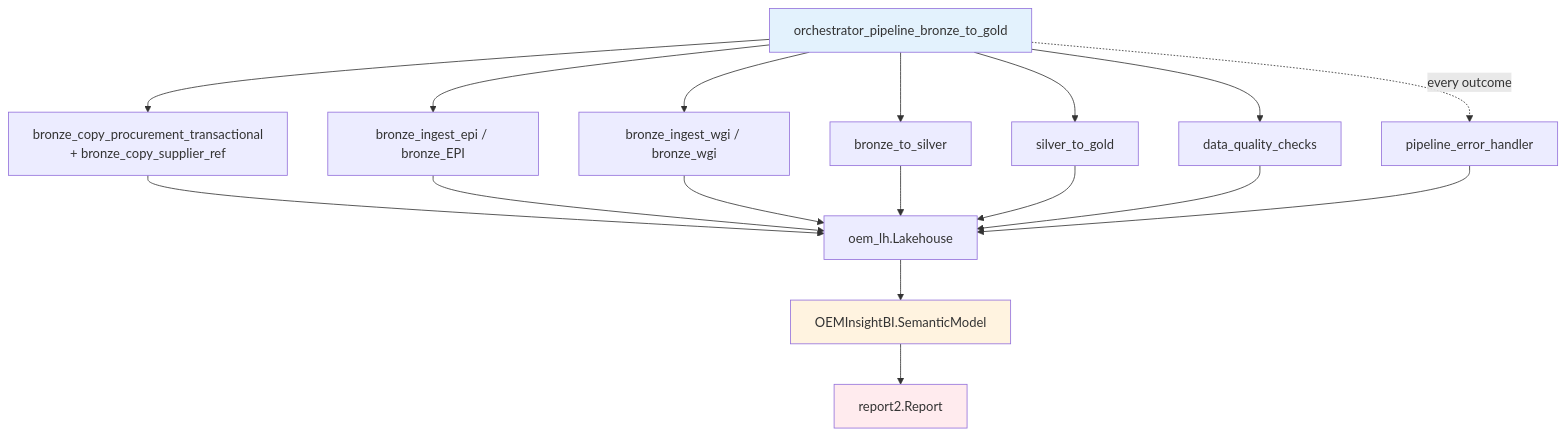
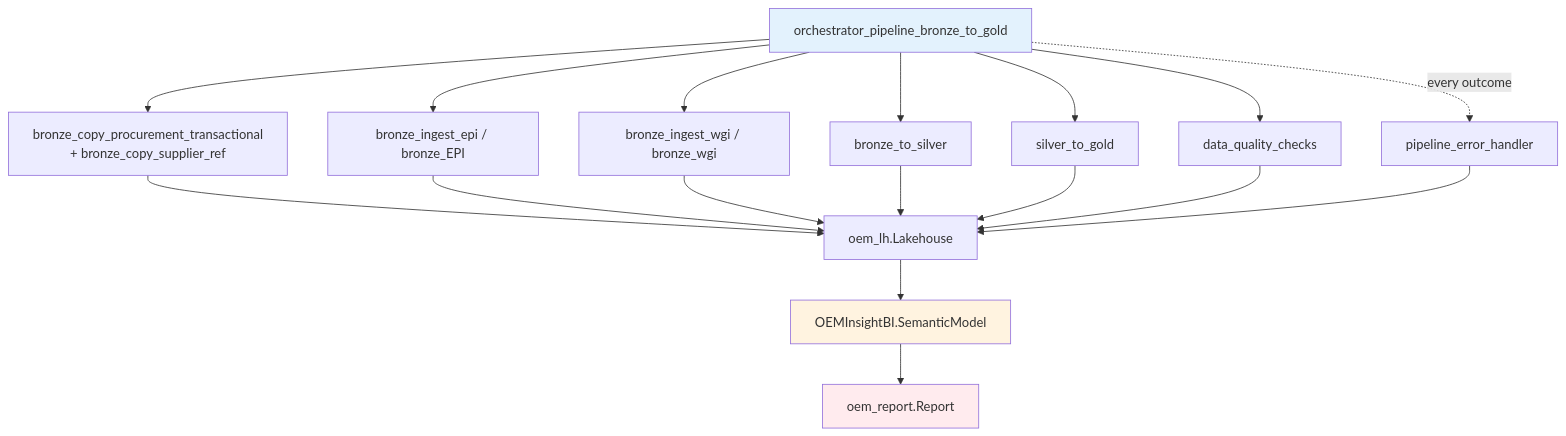
Before and after one commit to erikemilsson/OEMMatInsightBI: the diagram in docs/architecture/fabric-artifacts-inventory.md, drawn with Mermaid. The commit also changed other lines of this file and 31 other files, not shown here.

````diff
--- a/docs/architecture/fabric-artifacts-inventory.md
+++ b/docs/architecture/fabric-artifacts-inventory.md
@@ -67,34 +67,34 @@
 ```mermaid
 graph TD
     Pipeline[orchestrator_pipeline_bronze_to_gold]
 
     BC1[bronze_copy_procurement_transactional<br/>+ bronze_copy_supplier_ref]
     BE[bronze_ingest_epi / bronze_EPI]
     BW[bronze_ingest_wgi / bronze_wgi]
 
     BS[bronze_to_silver]
     SG[silver_to_gold]
     DQ[data_quality_checks]
     EH[pipeline_error_handler]
 
     LH[oem_lh.Lakehouse]
     SM[OEMInsightBI.SemanticModel]
-    Report[report2.Report]
+    Report[oem_report.Report]
 
     Pipeline --> BC1 & BE & BW & BS & SG & DQ
     BC1 --> LH
     BE --> LH
     BW --> LH
     BS --> LH
     SG --> LH
     DQ --> LH
     Pipeline -.every outcome.-> EH
     EH --> LH
 
     LH --> SM
     SM --> Report
 
     style Pipeline fill:#e3f2fd
     style SM fill:#fff3e0
     style Report fill:#ffebee
 ```
````
